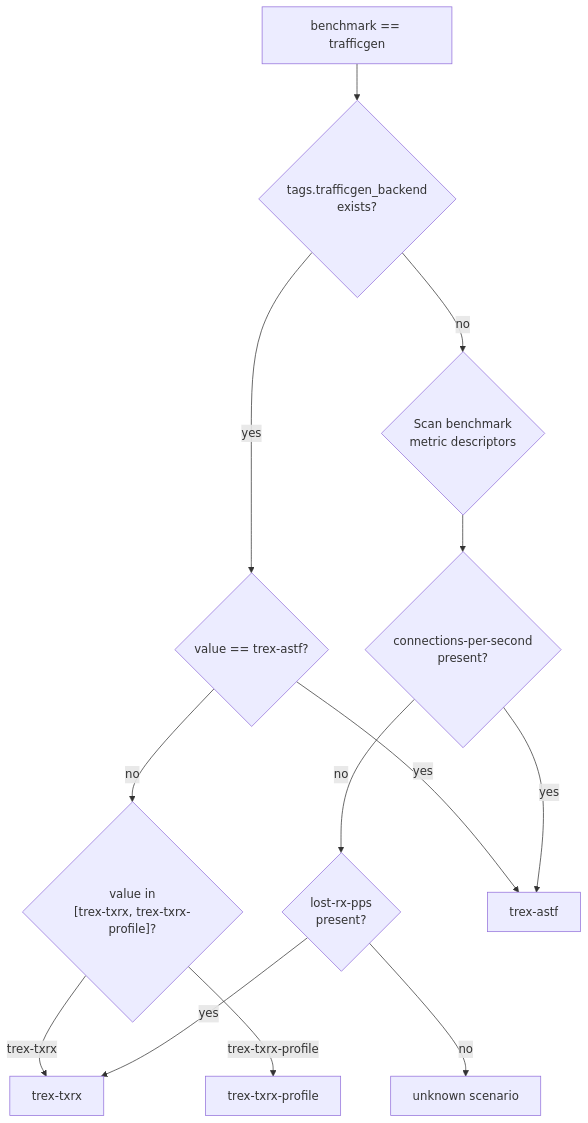
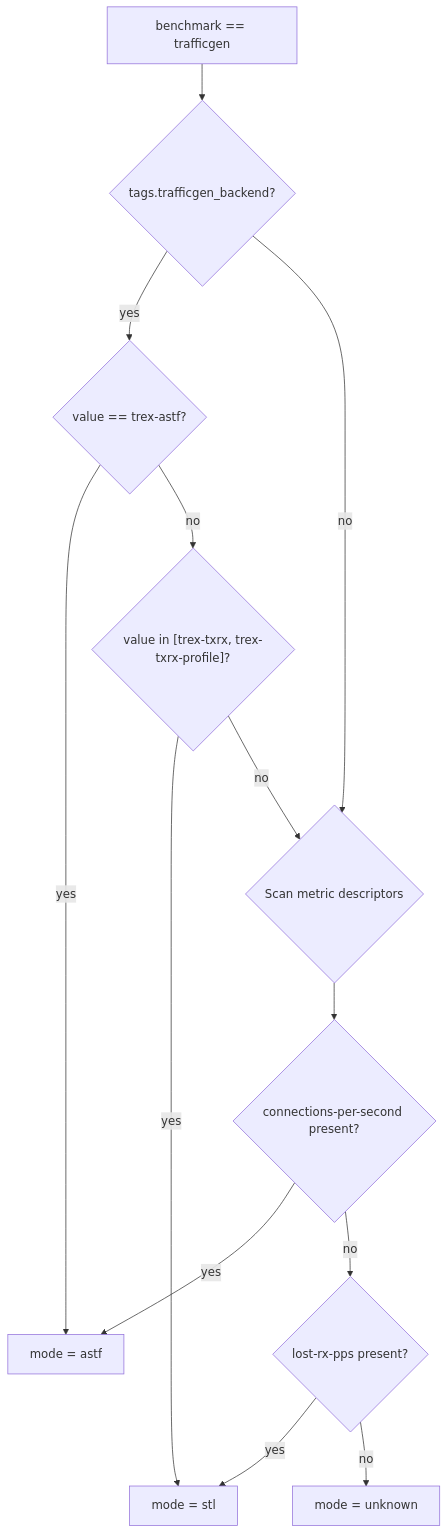
Before and after one commit to pradiptapks/crucible-run-analysis: the third of 4 diagrams in docs/architecture.md, drawn with Mermaid. The commit also changed other lines of this file and 2 other files, not shown here.

````diff
--- a/docs/architecture.md
+++ b/docs/architecture.md
@@ -114,28 +108,27 @@
 ```mermaid
 flowchart TD
     Start["benchmark == trafficgen"]
-    TagCheck{"tags.trafficgen_backend\nexists?"}
+    TagCheck{"tags.trafficgen_backend?"}
     TagASTF{"value == trex-astf?"}
-    TagSTL{"value in\n[trex-txrx, trex-txrx-profile]?"}
-    FallbackMetric{"Scan benchmark\nmetric descriptors"}
-    HasCPS{"connections-per-second\npresent?"}
-    HasLostRx{"lost-rx-pps\npresent?"}
+    TagSTL{"value in [trex-txrx, trex-txrx-profile]?"}
+    FallbackMetric{"Scan metric descriptors"}
+    HasCPS{"connections-per-second present?"}
+    HasLostRx{"lost-rx-pps present?"}
 
-    ASTF["trex-astf"]
-    STL_TXR["trex-txrx"]
-    STL_PROF["trex-txrx-profile"]
-    Unknown["unknown scenario"]
+    ASTF["mode = astf"]
+    STL["mode = stl"]
+    Unknown["mode = unknown"]
 
     Start --> TagCheck
     TagCheck -->|yes| TagASTF
     TagCheck -->|no| FallbackMetric
     TagASTF -->|yes| ASTF
     TagASTF -->|no| TagSTL
-    TagSTL -->|"trex-txrx"| STL_TXR
-    TagSTL -->|"trex-txrx-profile"| STL_PROF
+    TagSTL -->|yes| STL
+    TagSTL -->|no| FallbackMetric
     FallbackMetric --> HasCPS
     HasCPS -->|yes| ASTF
     HasCPS -->|no| HasLostRx
-    HasLostRx -->|yes| STL_TXR
+    HasLostRx -->|yes| STL
     HasLostRx -->|no| Unknown
 ```
````
